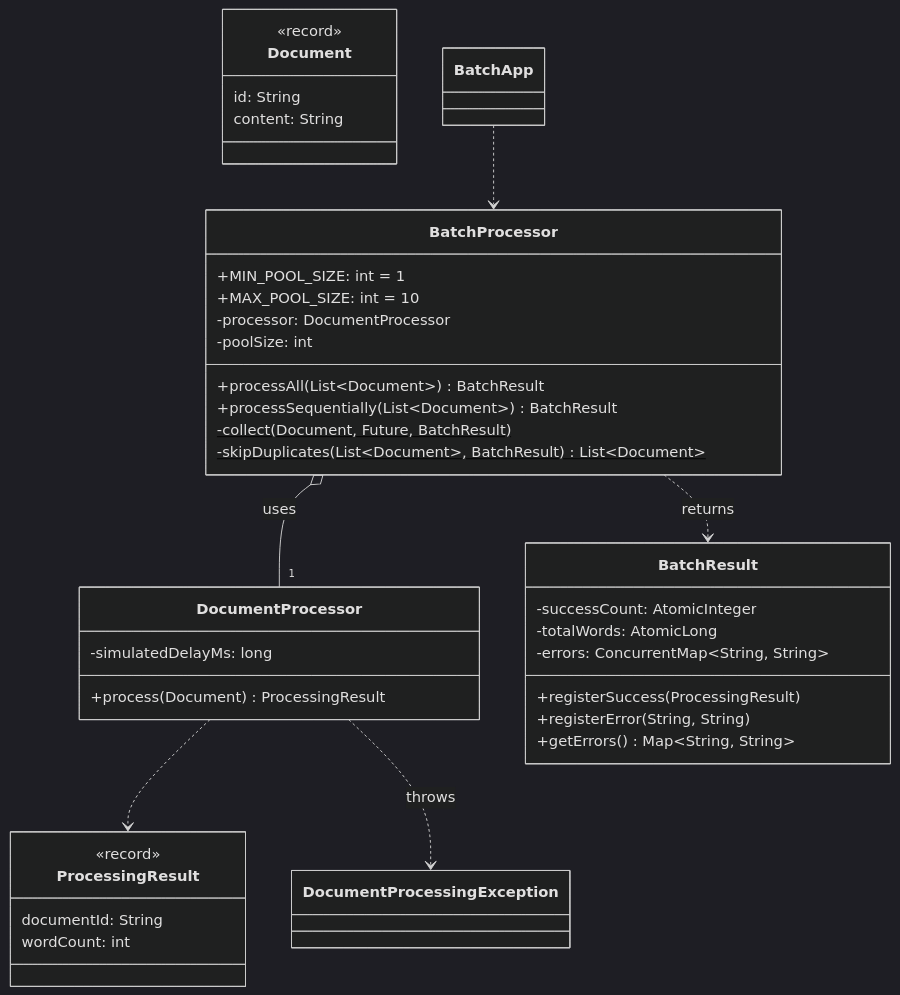
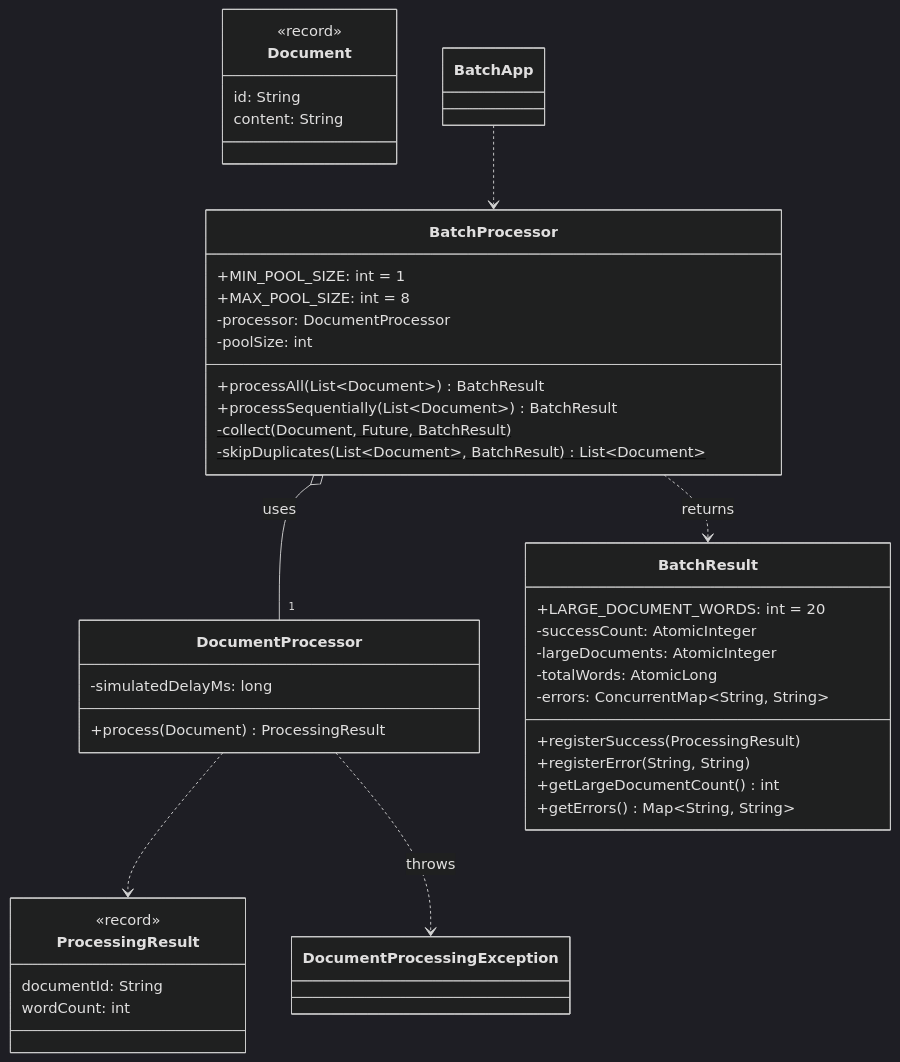
The second of 2 diagrams in pr16/README.md (f1shi/java-practice), drawn with Mermaid (dark theme) before and after one commit. The commit also changed other lines of this file and 68 other files, not shown here.

````diff
--- a/pr16/README.md
+++ b/pr16/README.md
@@ -47,42 +50,45 @@
 ```mermaid
 classDiagram
     class BatchProcessor {
         +MIN_POOL_SIZE: int = 1
-        +MAX_POOL_SIZE: int = 10
+        +MAX_POOL_SIZE: int = 8
         -processor: DocumentProcessor
         -poolSize: int
         +processAll(List~Document~) BatchResult
         +processSequentially(List~Document~) BatchResult
         -collect(Document, Future, BatchResult)$
         -skipDuplicates(List~Document~, BatchResult)$ List~Document~
     }
     class DocumentProcessor {
         -simulatedDelayMs: long
         +process(Document) ProcessingResult
     }
     class BatchResult {
+        +LARGE_DOCUMENT_WORDS: int = 20
         -successCount: AtomicInteger
+        -largeDocuments: AtomicInteger
         -totalWords: AtomicLong
         -errors: ConcurrentMap~String, String~
         +registerSuccess(ProcessingResult)
         +registerError(String, String)
+        +getLargeDocumentCount() int
         +getErrors() Map~String, String~
     }
     class Document {
         <<record>>
         id: String
         content: String
     }
     class ProcessingResult {
         <<record>>
         documentId: String
         wordCount: int
     }
     class DocumentProcessingException
     class BatchApp
     BatchProcessor o-- "1" DocumentProcessor : uses
     BatchProcessor ..> BatchResult : returns
     DocumentProcessor ..> ProcessingResult
     DocumentProcessor ..> DocumentProcessingException : throws
     BatchApp ..> BatchProcessor
 ```
````
